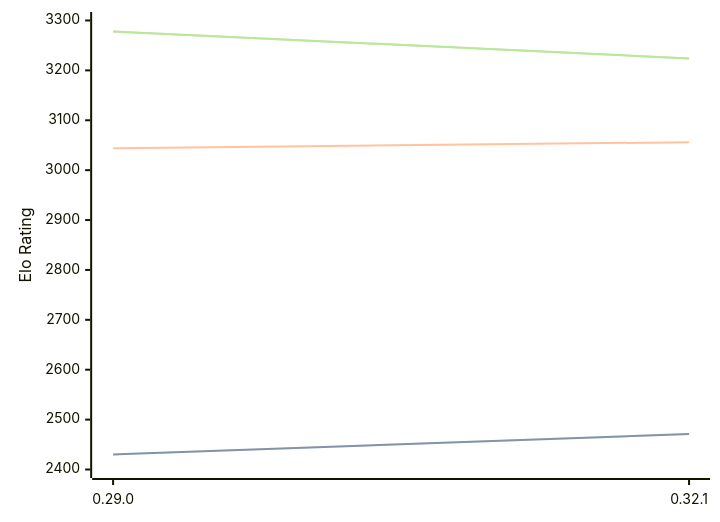
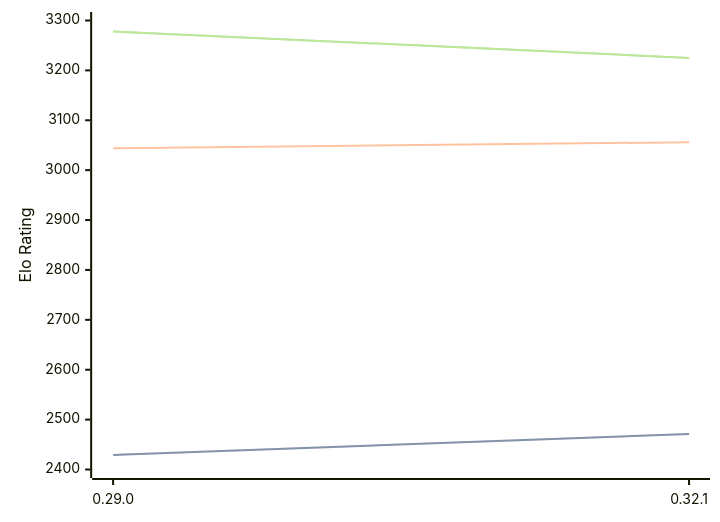
The diagram in engines/Lc0.md (computer-chess-index/cci), drawn with Mermaid before and after one commit. The commit also changed other lines of this file, not shown here.

Commit message:
Update CCI Ratings (ELO VLTC) - 2026-05-13

````diff
--- a/engines/Lc0.md
+++ b/engines/Lc0.md
@@ -68,11 +68,11 @@
 ```mermaid
 %%{init: {"theme":"base","themeVariables":{"seriesColors:['#a3a3a3','#222221','#faa371']}}}%%
 xychart-beta
   x-axis ["0.29.0", "0.32.1"]
   y-axis "Elo Rating" 2400 --> 3300
-  line "STC (8.0+0.08s)" [2430, 2471]
-  line "STC (8.0+0.08s)" [2430, 2471]
+  line "STC (8.0+0.08s)" [2429, 2471]
+  line "STC (8.0+0.08s)" [2429, 2471]
   line "LTC (60.0+0.60s)" [3044, 3056]
-  line "VLTC (2m24s+1.12s)" [3278, 3224]
-  line "VLTC (2m24s+1.12s)" [3278, 3224]
+  line "VLTC (2m24s+1.12s)" [3278, 3225]
+  line "VLTC (2m24s+1.12s)" [3278, 3225]
 ```
````
